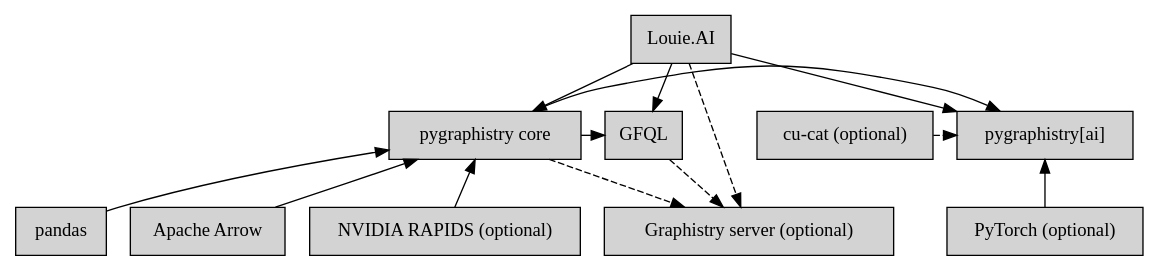
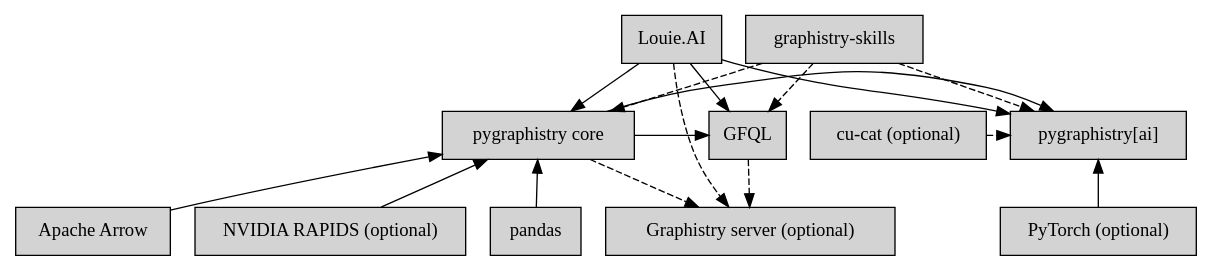
The diagram in docs/source/ecosystem.rst (graphistry/pygraphistry), drawn with Graphviz before and after one commit. The commit also changed other lines of this file and 3 other files, not shown here.

First line of the commit message:
docs: add graphistry-skills references for AI assistants (#929)

```diff
--- a/docs/source/ecosystem.rst
+++ b/docs/source/ecosystem.rst
@@ -6,40 +6,45 @@
 .. graphviz::
 
    digraph graphistry_ecosystem_toy {
        rankdir=TB;
        node [shape=box, style=filled, fillcolor=lightgray];
 
        core [label="pygraphistry core"];
        gfql [label="GFQL"];
        ai [label="pygraphistry[ai]"];
        cucat [label="cu-cat (optional)"];
        louie [label="Louie.AI"];
+       skills [label="graphistry-skills"];
 
        pandas [label="pandas"];
        arrow [label="Apache Arrow"];
        server [label="Graphistry server (optional)"];
        rapids [label="NVIDIA RAPIDS (optional)"];
        pytorch [label="PyTorch (optional)"];
 
        {rank=same; pandas; arrow; server; rapids; pytorch;}
        {rank=same; gfql; core; ai; cucat;}
-       {rank=min; louie;}
+       {rank=min; louie; skills;}
 
        pandas -> core;
        arrow -> core;
        rapids -> core;
        pytorch -> ai;
 
        core -> gfql;
        core -> ai;
 
        cucat -> ai [style=dashed];
 
        louie -> core;
        louie -> ai;
        louie -> gfql;
        louie -> server [style=dashed];
 
        core -> server [style=dashed];
        gfql -> server [style=dashed];
+
+       skills -> core [style=dashed];
+       skills -> gfql [style=dashed];
+       skills -> ai [style=dashed];
    }
```
